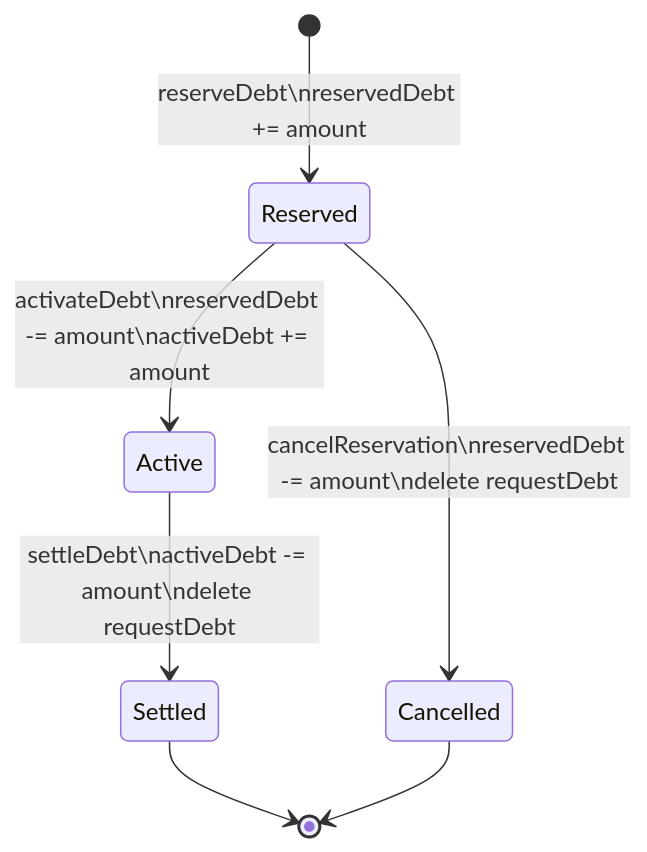
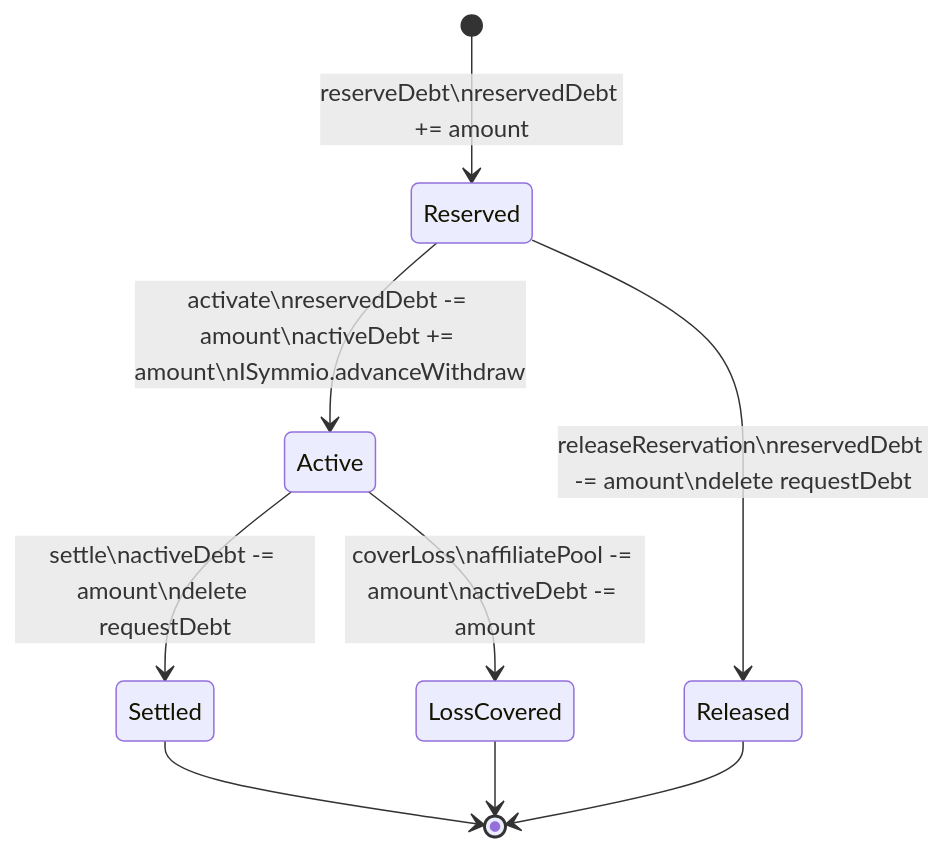
Diagram 18 of 30 in docs/v0.8.6/express-bot-operations-checklist.md (SYMM-IO/perps-core), drawn with Mermaid before and after one commit. The commit also changed other lines of this file and 1 other file, not shown here.

````diff
--- a/docs/v0.8.6/express-bot-operations-checklist.md
+++ b/docs/v0.8.6/express-bot-operations-checklist.md
@@ -2285,13 +2294,16 @@
 ```mermaid
 stateDiagram-v2
     [*] --> Reserved : reserveDebt\nreservedDebt += amount
 
-    Reserved --> Active : activateDebt\nreservedDebt -= amount\nactiveDebt += amount
+    Reserved --> Active : activate\nreservedDebt -= amount\nactiveDebt += amount\nISymmio.advanceWithdraw
 
-    Active --> Settled : settleDebt\nactiveDebt -= amount\ndelete requestDebt
+    Active --> Settled : settle\nactiveDebt -= amount\ndelete requestDebt
 
-    Reserved --> Cancelled : cancelReservation\nreservedDebt -= amount\ndelete requestDebt
+    Reserved --> Released : releaseReservation\nreservedDebt -= amount\ndelete requestDebt
+
+    Active --> LossCovered : coverLoss\naffiliatePool -= amount\nactiveDebt -= amount
 
     Settled --> [*]
-    Cancelled --> [*]
+    Released --> [*]
+    LossCovered --> [*]
 ```
````
